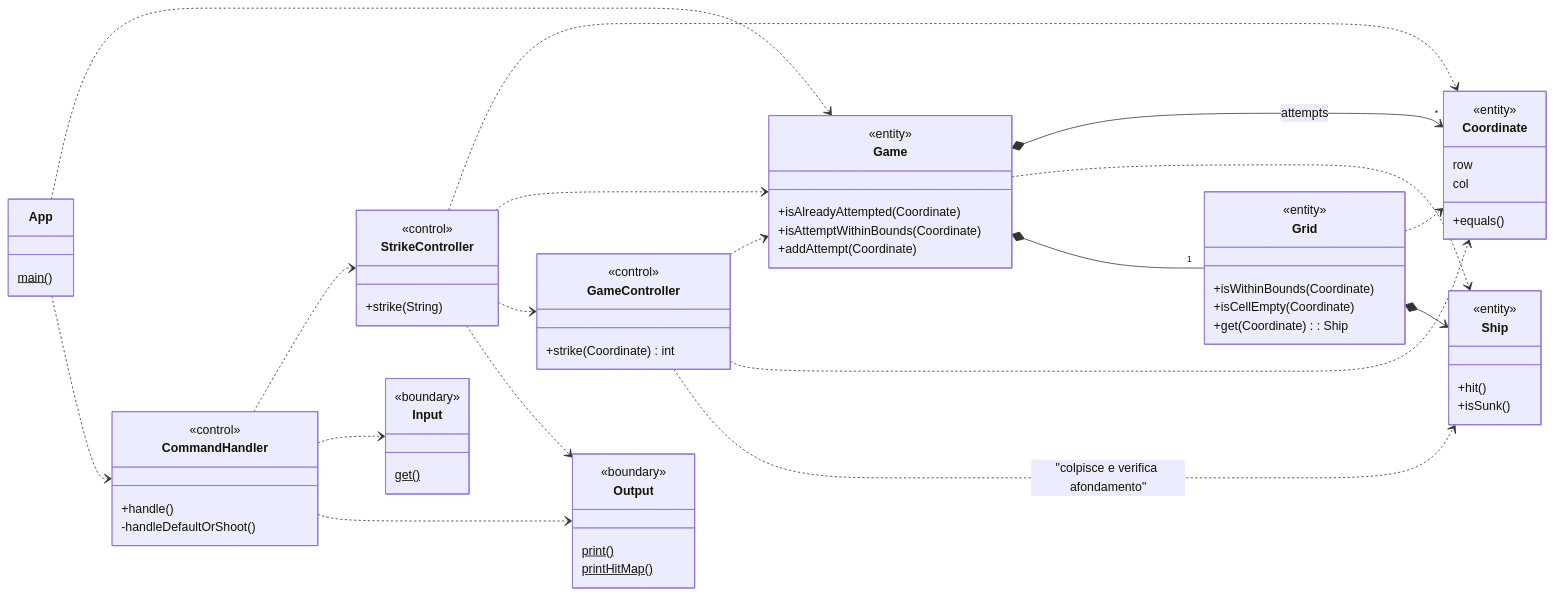
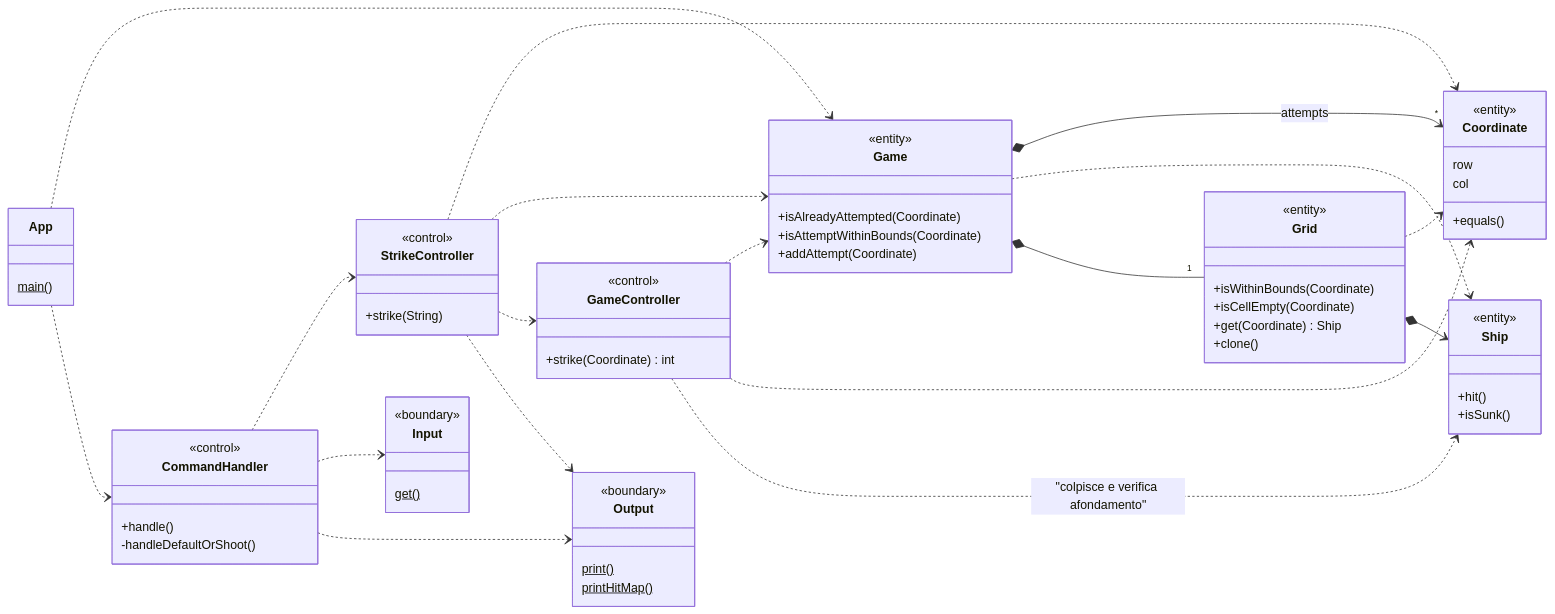
The seventh of 7 diagrams in docs/Report.md (softeng2223-inf-uniba/progetto2223-thacker), drawn with Mermaid before and after one commit.

Commit message:
Aggiunto metodo clone() in Grid in 5.A.3

```diff
--- a/docs/Report.md
+++ b/docs/Report.md
@@ -598,7 +598,8 @@
   class Grid {
     +isWithinBounds(Coordinate)
     +isCellEmpty(Coordinate)
-    +get(Coordinate): Ship
+    +get(Coordinate) Ship
+    +clone()
   }
   <<entity>> Grid
 
```
